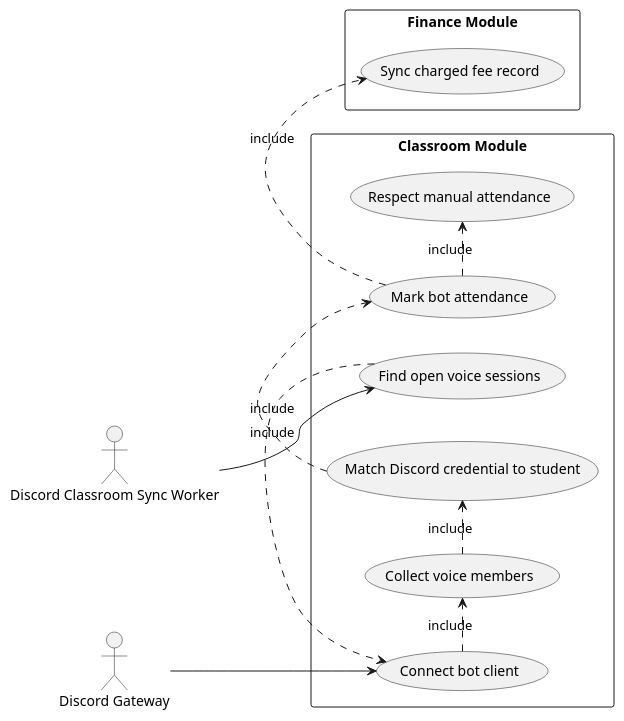
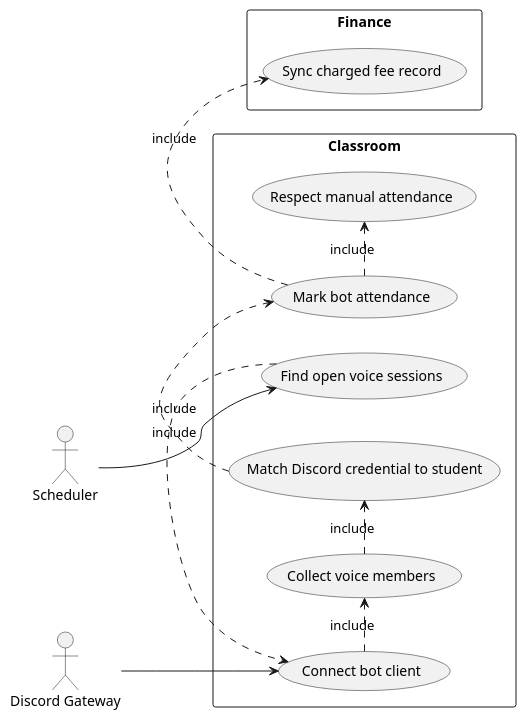
Before and after one commit to owlx206/tms-monorepo: the diagram in uml/usecase/voice-attendance-finance.puml, drawn with PlantUML. The commit also changed 234 other files, not shown here.

```diff
--- a/uml/usecase/voice-attendance-finance.puml
+++ b/uml/usecase/voice-attendance-finance.puml
@@ -1,24 +1,24 @@
 @startuml
 left to right direction
-actor "Discord Classroom Sync Worker" as Worker
+actor "Scheduler" as Scheduler
 actor "Discord Gateway" as Gateway
-rectangle "Classroom Module" {
+rectangle "Classroom" {
   usecase "Find open voice sessions" as UC1
   usecase "Connect bot client" as UC2
   usecase "Collect voice members" as UC3
   usecase "Match Discord credential to student" as UC4
   usecase "Mark bot attendance" as UC5
   usecase "Respect manual attendance" as UC6
 }
-rectangle "Finance Module" {
+rectangle "Finance" {
   usecase "Sync charged fee record" as UC7
 }
-Worker --> UC1
+Scheduler --> UC1
 Gateway --> UC2
 UC1 .> UC2 : include
 UC2 .> UC3 : include
 UC3 .> UC4 : include
 UC4 .> UC5 : include
 UC5 .> UC6 : include
 UC5 .> UC7 : include
 @enduml
```
